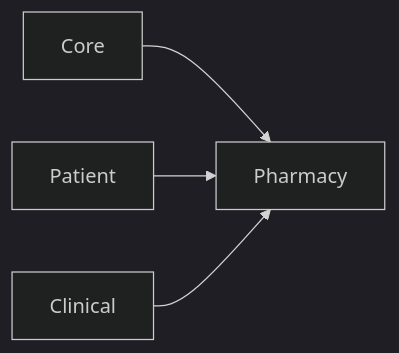
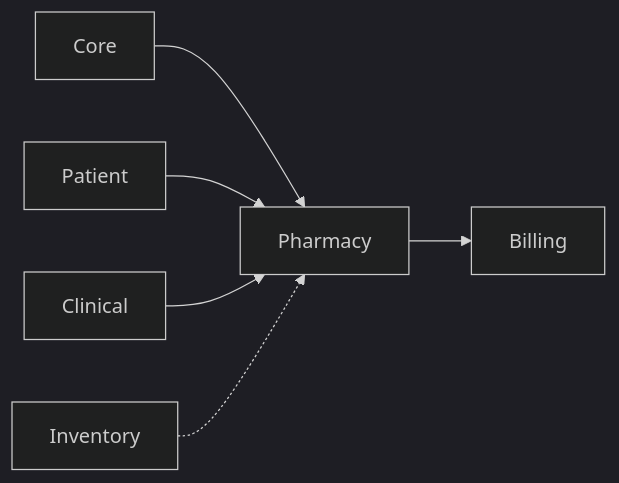
Before and after one commit to Flowrise-HMS/Pharmacy: the diagram in README.md, drawn with Mermaid (dark theme). The commit also changed other lines of this file and 4 other files, not shown here.

````diff
--- a/README.md
+++ b/README.md
@@ -21,10 +23,14 @@
 ```mermaid
 flowchart LR
   Core[Core]
   Patient[Patient]
   Clinical[Clinical]
+  Billing[Billing]
+  Inventory[Inventory]
   Pharmacy[Pharmacy]
   Core --> Pharmacy
   Patient --> Pharmacy
   Clinical --> Pharmacy
+  Pharmacy --> Billing
+  Inventory -.-> Pharmacy
 ```
````
